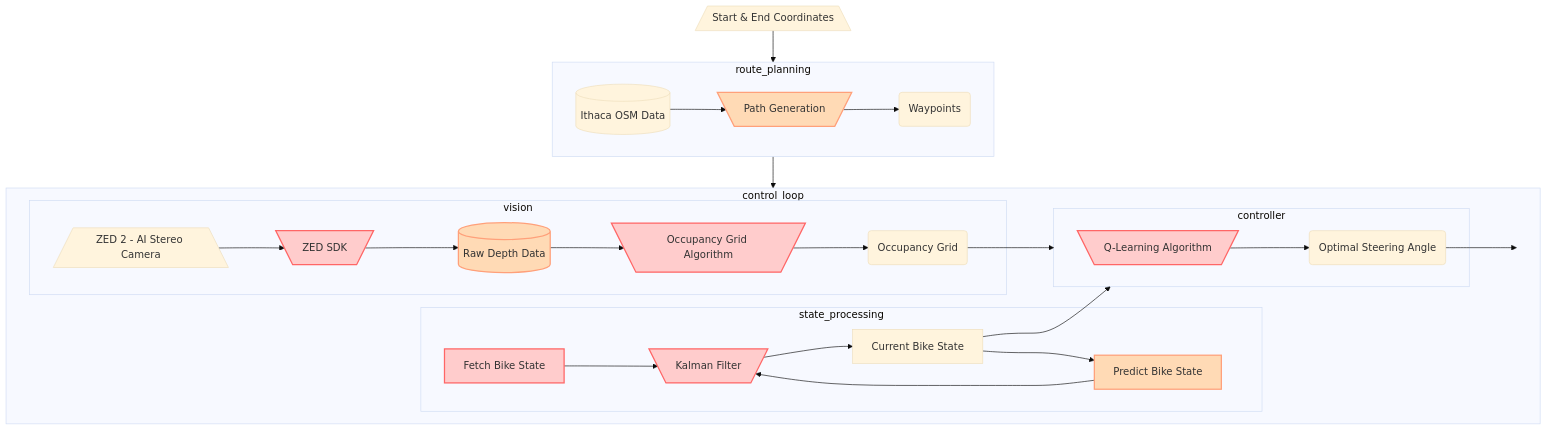
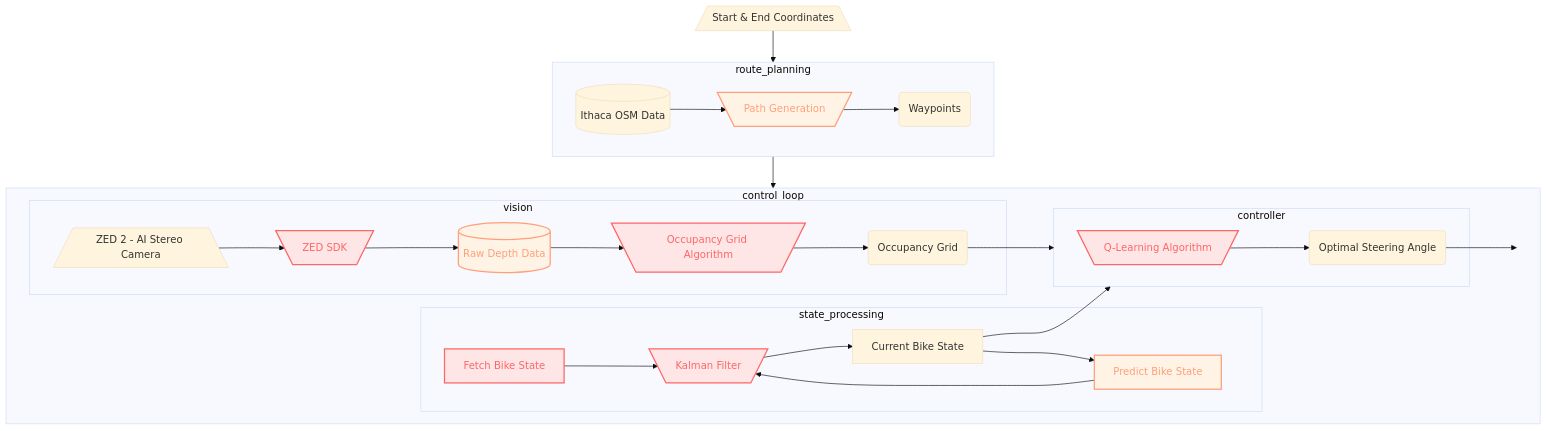
One commit to da-luce/cornell-autobike changed the diagram in README.md. Above: the diagram before and after it, drawn with Mermaid (base theme).

Commit message:
fix mermaid colors

````diff
--- a/README.md
+++ b/README.md
@@ -305,62 +305,62 @@
 ```mermaid
 flowchart TD
 
     input[/Start & End Coordinates\] --> route_planning
     subgraph route_planning
 
             map[(Ithaca OSM Data)]
             gen[\Path Generation/]:::orange
             waypoints(Waypoints)
 
             map-->gen
             gen-->waypoints
     end
 
     route_planning --> control_loop
 
     subgraph control_loop
 
         subgraph state_processing
             fetch[Fetch Bike State]:::red
             kalman[\Kalman Filter/]:::red
             predict[Predict Bike State]:::orange
             state[Current Bike State]
 
             kalman --> state
             fetch --> kalman
             predict ---> kalman
             state  --> predict
         end
 
         subgraph vision
             cam[/ZED 2 - AI Stereo Camera\]
             sdk[\ZED SDK/]:::red
             depth[(Raw Depth Data)]:::orange
             occ_algo[\Occupancy Grid Algorithm/]:::red
             grid(Occupancy Grid)
 
             cam --> sdk
             sdk --> depth
             depth --> occ_algo
             occ_algo --> grid
         end
 
         subgraph controller
             %% More work will have to be done here as we explore
             %% what works and what doesn't
             q[\Q-Learning Algorithm/]:::red
             steering(Optimal Steering Angle)
         end
 
         steering --> controls:::hidden
         state --> controller
         grid --> controller
         q --> steering
 
     end
 
-    classDef red fill:#FFCCCC,stroke:#FF6666,stroke-width:2px;
-    classDef orange fill:#FFDAB5,stroke:#FFA07A,stroke-width:2px;
-    classDef green fill:#CCE5CC,stroke:#66CC66,stroke-width:2px;
+    classDef red fill:#ffe6e6,stroke:#FF6666,stroke-width:2px,color:#FF6666;
+    classDef orange fill:#fff3e6,stroke:#FFA07A,stroke-width:2px,color:#FFA07A;
+    classDef green fill:#eef6ee,stroke:#66CC66,stroke-width:2px,color:#66CC66;
     classDef hidden display: none;
 ```
````
